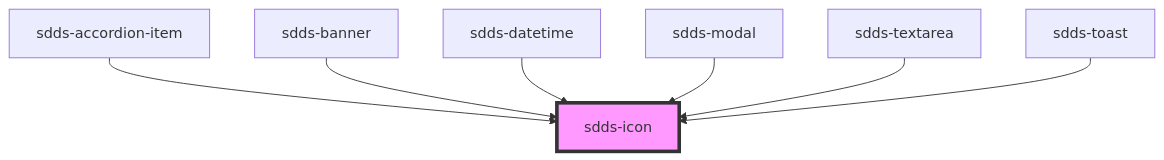
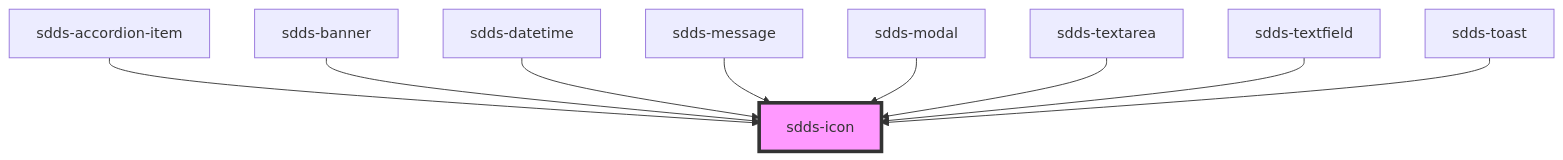
The diagram in tegel/src/components/icon/readme.md (scania-digital-design-system/sdds), drawn with Mermaid before and after one commit. The commit also changed other lines of this file and 1 other file, not shown here.

Commit message:
docs(sdds-toast): story cleanup

````diff
--- a/tegel/src/components/icon/readme.md
+++ b/tegel/src/components/icon/readme.md
@@ -28,10 +30,12 @@
 ```mermaid
 graph TD;
   sdds-accordion-item --> sdds-icon
   sdds-banner --> sdds-icon
   sdds-datetime --> sdds-icon
+  sdds-message --> sdds-icon
   sdds-modal --> sdds-icon
   sdds-textarea --> sdds-icon
+  sdds-textfield --> sdds-icon
   sdds-toast --> sdds-icon
   style sdds-icon fill:#f9f,stroke:#333,stroke-width:4px
 ```
````
